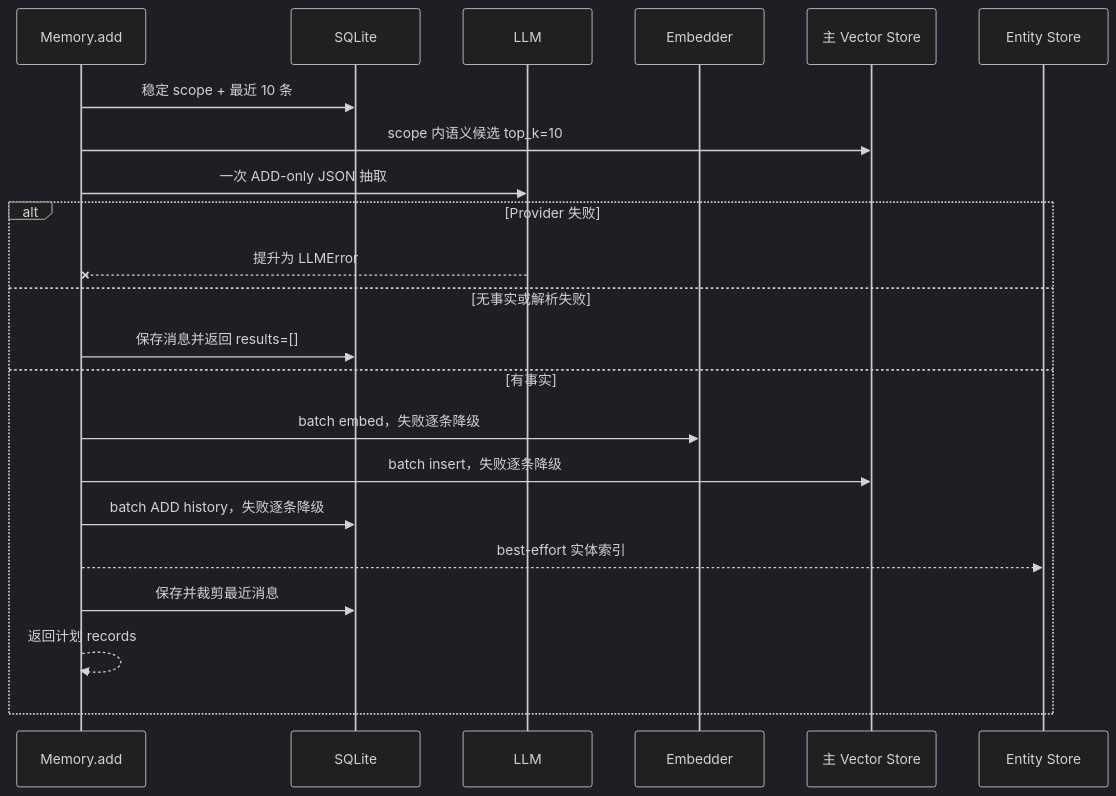
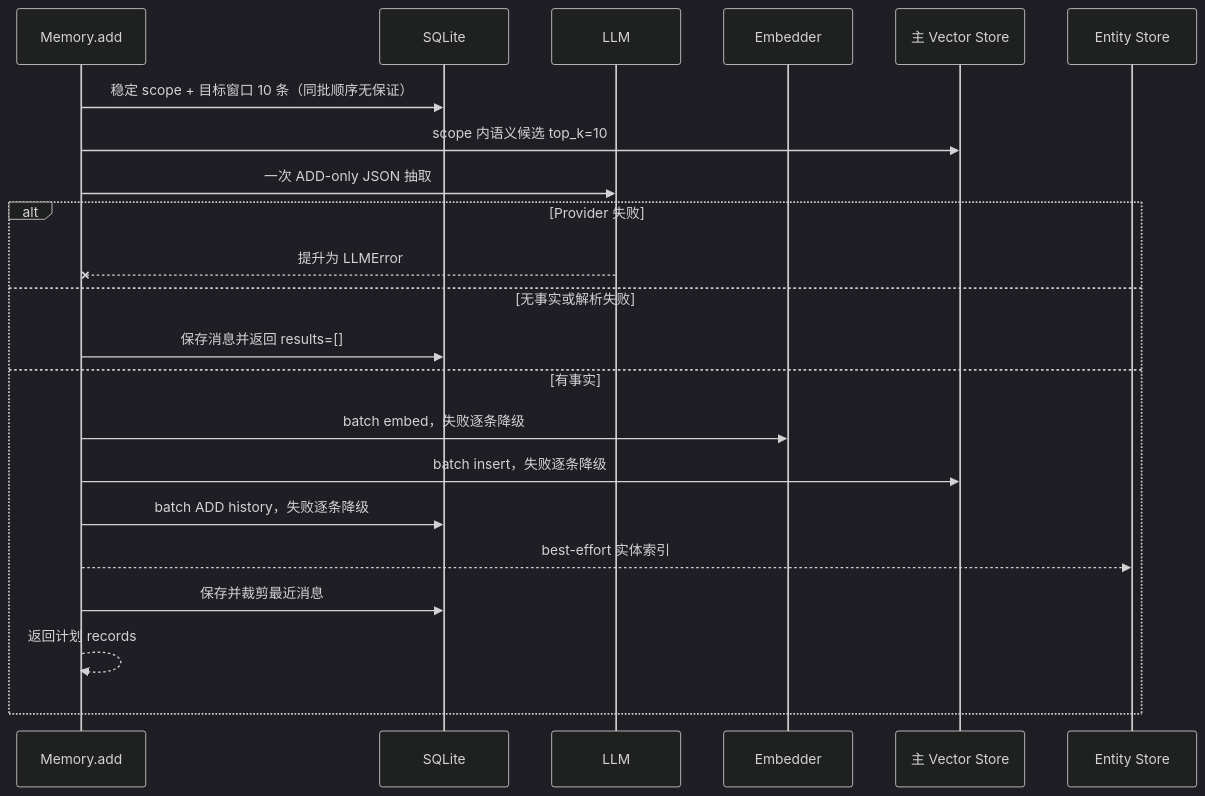
Before and after one commit to StevenLZM/mem0: the ninth of 12 diagrams in docs/learning/mem0-memory-system-design.zh-CN.md, drawn with Mermaid (dark theme). The commit also changed other lines of this file and 2 other files, not shown here.

Commit message:
fix: close memory tutorial lifecycle and scope gaps

````diff
--- a/docs/learning/mem0-memory-system-design.zh-CN.md
+++ b/docs/learning/mem0-memory-system-design.zh-CN.md
@@ -585,24 +571,24 @@
 ```mermaid
 sequenceDiagram
     participant M as Memory.add
     participant S as SQLite
     participant L as LLM
     participant E as Embedder
     participant V as 主 Vector Store
     participant N as Entity Store
-    M->>S: 稳定 scope + 最近 10 条
+    M->>S: 稳定 scope + 目标窗口 10 条（同批顺序无保证）
     M->>V: scope 内语义候选 top_k=10
     M->>L: 一次 ADD-only JSON 抽取
     alt Provider 失败
         L--xM: 提升为 LLMError
     else 无事实或解析失败
         M->>S: 保存消息并返回 results=[]
     else 有事实
         M->>E: batch embed，失败逐条降级
         M->>V: batch insert，失败逐条降级
         M->>S: batch ADD history，失败逐条降级
         M-->>N: best-effort 实体索引
         M->>S: 保存并裁剪最近消息
         M-->>M: 返回计划 records
     end
 ```
````
